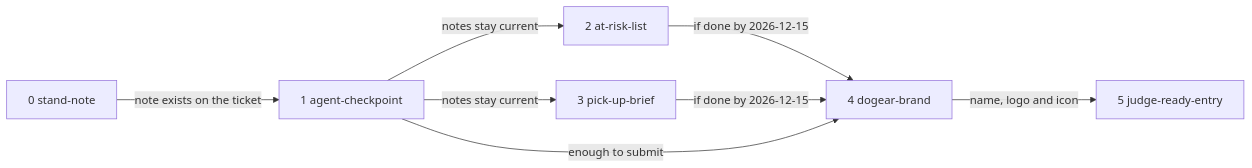
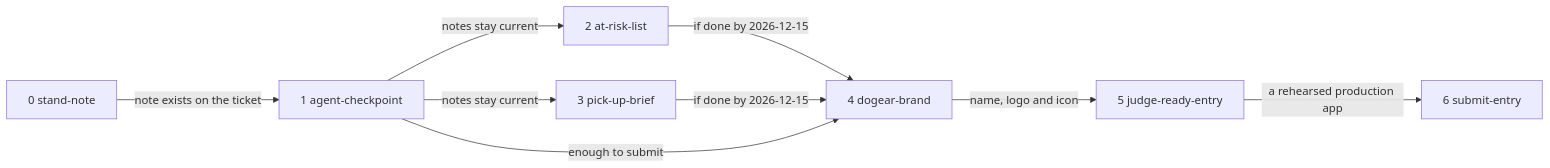
One commit to dzaffren/dogear changed the second of 2 diagrams in docs/specs/ticket-handover/shape.md. Above: the diagram before and after it, drawn with Mermaid. The commit also changed other lines of this file and 17 other files, not shown here.

````diff
--- a/docs/specs/ticket-handover/shape.md
+++ b/docs/specs/ticket-handover/shape.md
@@ -43,10 +43,11 @@
 ```mermaid
 flowchart LR
     S0[0 stand-note] -- "note exists on the ticket" --> S1[1 agent-checkpoint]
     S1 -- "notes stay current" --> S2[2 at-risk-list]
     S1 -- "notes stay current" --> S3[3 pick-up-brief]
     S2 -- "if done by 2026-12-15" --> S4[4 dogear-brand]
     S3 -- "if done by 2026-12-15" --> S4
     S1 -- "enough to submit" --> S4
     S4 -- "name, logo and icon" --> S5[5 judge-ready-entry]
+    S5 -- "a rehearsed production app" --> S6[6 submit-entry]
 ```
````
